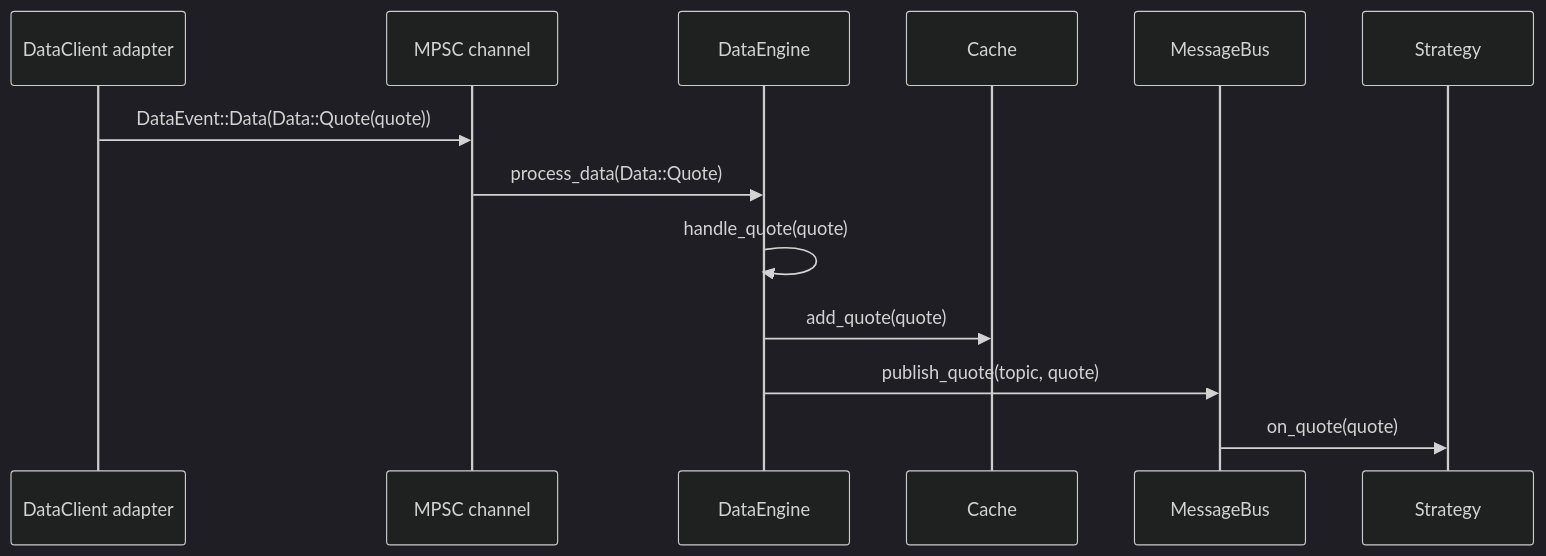
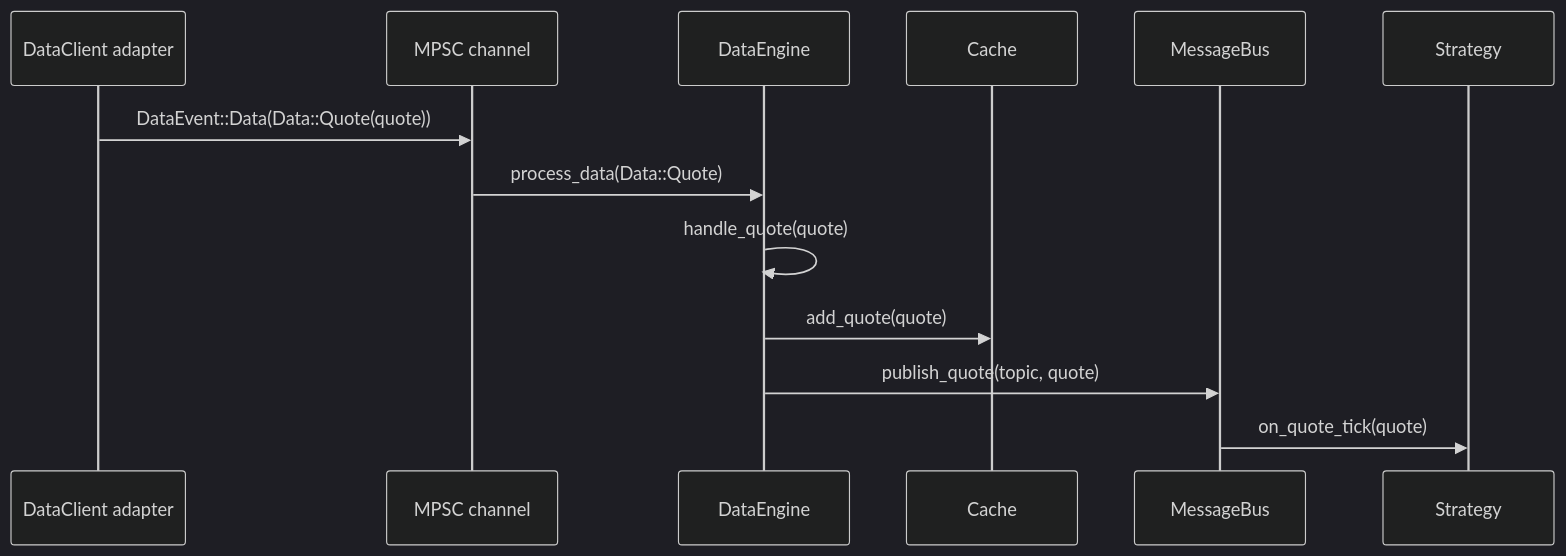
The first of 6 diagrams in docs/concepts/architecture.md (sbOogway/nautilus_trader), drawn with Mermaid (dark theme) before and after one commit. The commit also changed other lines of this file and 3160 other files, not shown here.

````diff
--- a/docs/concepts/architecture.md
+++ b/docs/concepts/architecture.md
@@ -260,16 +260,16 @@
 ```mermaid
 sequenceDiagram
     participant Adapter as DataClient adapter
     participant Channel as MPSC channel
     participant DE as DataEngine
     participant Cache as Cache
     participant MB as MessageBus
     participant Strategy as Strategy
 
     Adapter->>Channel: DataEvent::Data(Data::Quote(quote))
     Channel->>DE: process_data(Data::Quote)
     DE->>DE: handle_quote(quote)
     DE->>Cache: add_quote(quote)
     DE->>MB: publish_quote(topic, quote)
-    MB->>Strategy: on_quote(quote)
+    MB->>Strategy: on_quote_tick(quote)
 ```
````
